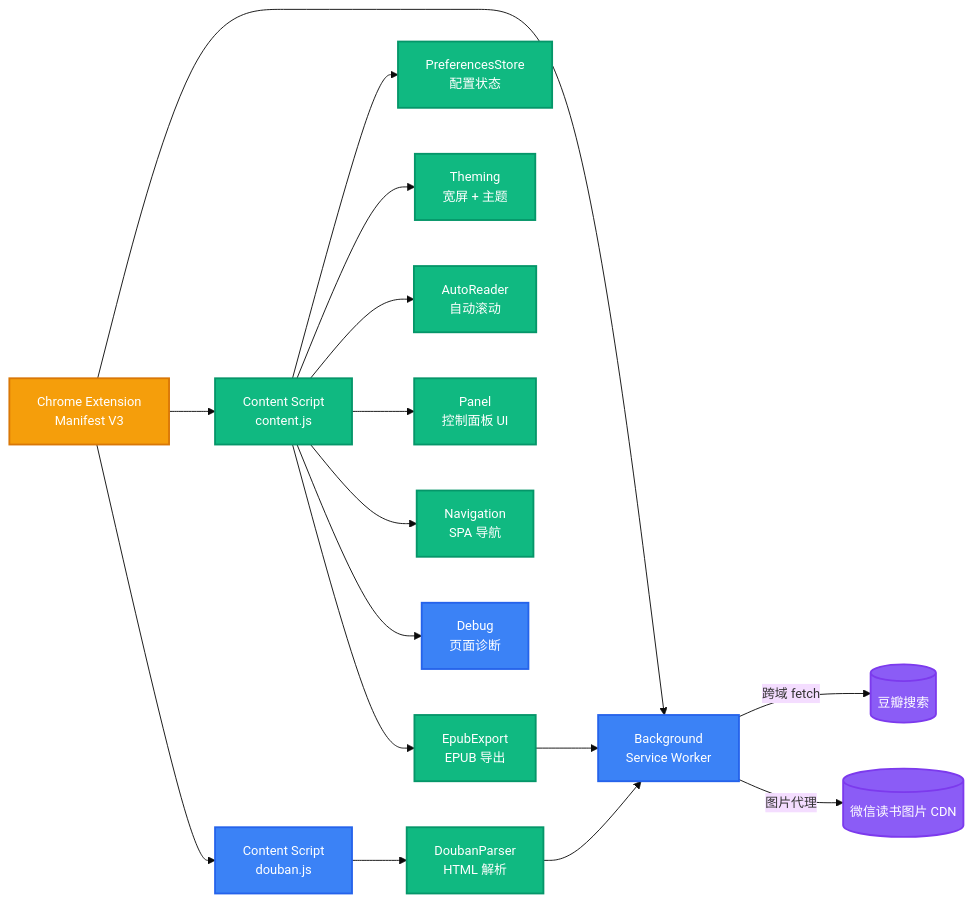
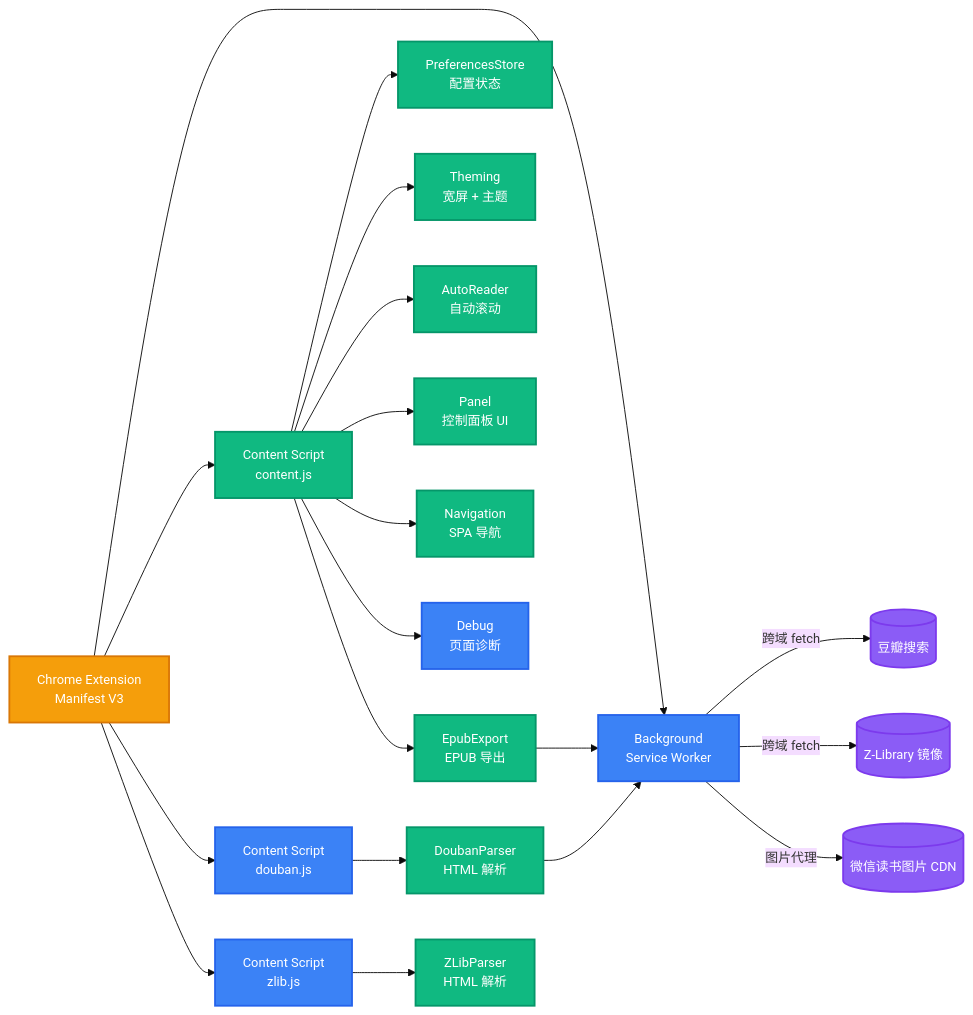
The diagram in README.md (EwenYoung/weread-plus), drawn with Mermaid before and after one commit. The commit also changed other lines of this file and 9 other files, not shown here.

````diff
--- a/README.md
+++ b/README.md
@@ -93,29 +98,32 @@
 ```mermaid
 %%{init: {'theme': 'base', 'themeVariables': {'fontSize': '14px'}}}%%
 graph LR
     A[Chrome Extension<br/>Manifest V3] --> B[Background<br/>Service Worker]
     A --> C[Content Script<br/>content.js]
     A --> D[Content Script<br/>douban.js]
+    A --> P[Content Script<br/>zlib.js]
     C --> E[PreferencesStore<br/>配置状态]
     C --> F[Theming<br/>宽屏 + 主题]
     C --> G[AutoReader<br/>自动滚动]
     C --> H[Panel<br/>控制面板 UI]
     C --> I[Navigation<br/>SPA 导航]
     C --> J[Debug<br/>页面诊断]
     D --> K[DoubanParser<br/>HTML 解析]
+    P --> Z[ZLibParser<br/>HTML 解析]
     C --> M[EpubExport<br/>EPUB 导出]
     K --> B
     M --> B
     B -- 跨域 fetch --> L[(豆瓣搜索)]
+    B -- 跨域 fetch --> ZL[(Z-Library 镜像)]
     B -- 图片代理 --> N[(微信读书图片 CDN)]
 
     classDef client fill:#3B82F6,stroke:#2563EB,color:#fff,stroke-width:2px
     classDef service fill:#10B981,stroke:#059669,color:#fff,stroke-width:2px
     classDef data fill:#8B5CF6,stroke:#7C3AED,color:#fff,stroke-width:2px
     classDef gateway fill:#F59E0B,stroke:#D97706,color:#fff,stroke-width:2px
 
     class A gateway
-    class B,D,J client
-    class C,E,F,G,H,I,K,M service
-    class L,N data
+    class B,D,J,P client
+    class C,E,F,G,H,I,K,M,Z service
+    class L,N,ZL data
 ```
````
